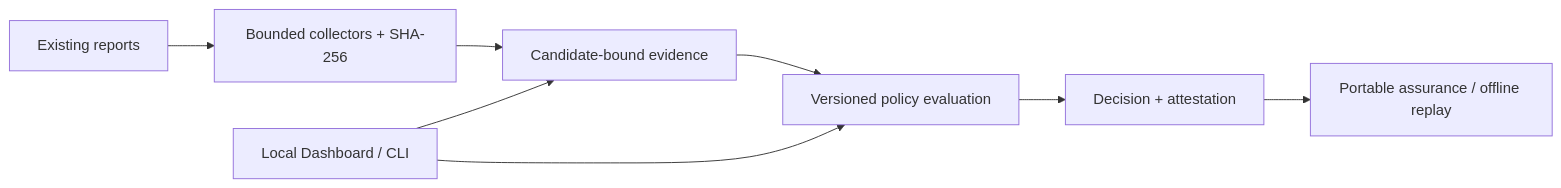
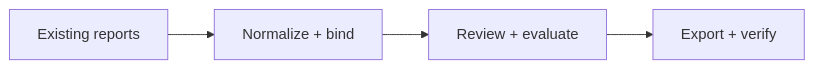
One commit to Carlos-0798/forgegate changed the diagram in README.md. Above: the diagram before and after it, drawn with Mermaid. The commit also changed other lines of this file and 6 other files, not shown here.

````diff
--- a/README.md
+++ b/README.md
@@ -52,10 +59,6 @@
 ```mermaid
 flowchart LR
-    A[Existing reports] --> B[Bounded collectors + SHA-256]
-    B --> C[Candidate-bound evidence]
-    C --> D[Versioned policy evaluation]
-    D --> E[Decision + attestation]
-    E --> F[Portable assurance / offline replay]
-    U[Local Dashboard / CLI] --> C
-    U --> D
+    A[Existing reports] --> B[Normalize + bind]
+    B --> C[Review + evaluate]
+    C --> D[Export + verify]
 ```
````
